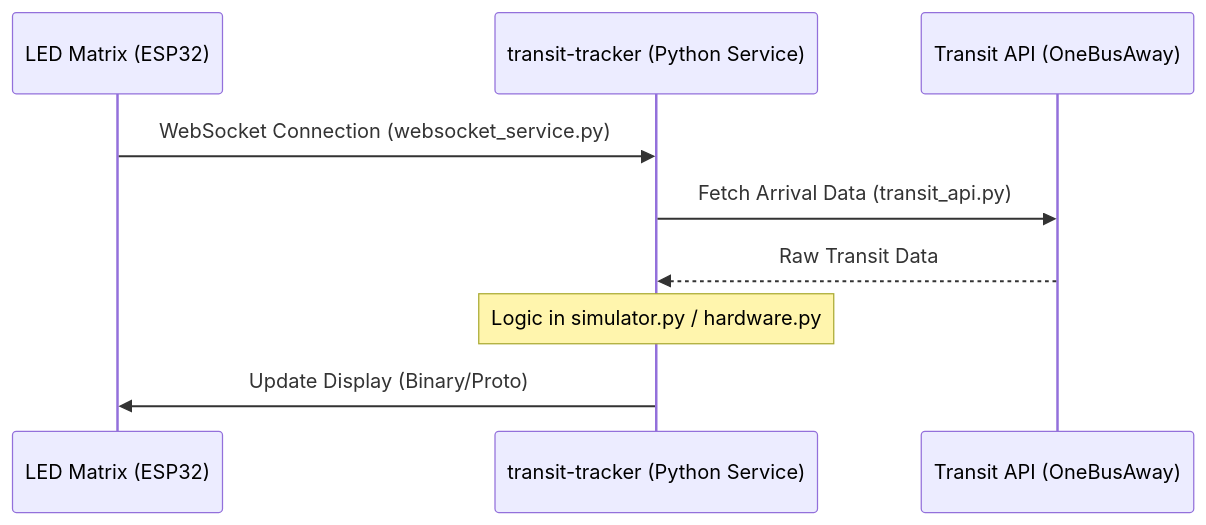
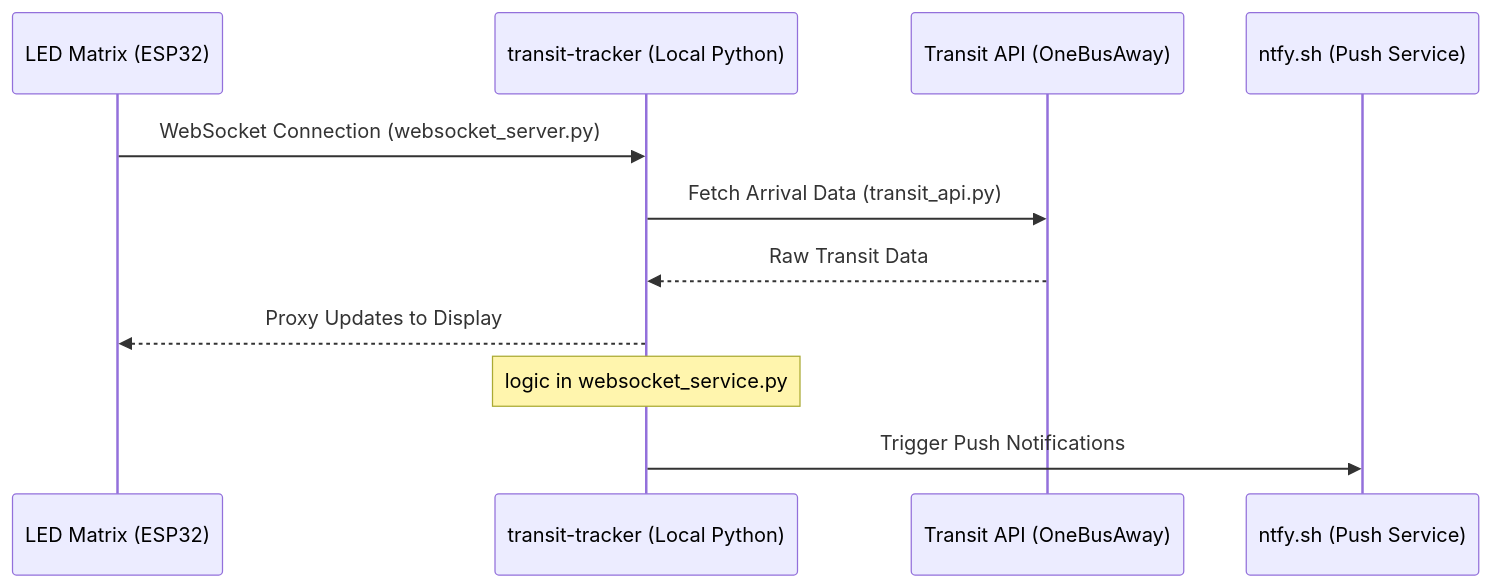
Before and after one commit to tommyroar/transit-tracker-tui: the second of 2 diagrams in README.md, drawn with Mermaid. The commit also changed other lines of this file, not shown here.

Commit message:
docs: add sequence diagrams for cloud and local websocket architecture

````diff
--- a/README.md
+++ b/README.md
@@ -49,12 +34,14 @@
 ```mermaid
 sequenceDiagram
     participant HW as LED Matrix (ESP32)
-    participant Py as transit-tracker (Python Service)
+    participant Py as transit-tracker (Local Python)
     participant API as Transit API (OneBusAway)
+    participant NTFY as ntfy.sh (Push Service)
 
-    HW->>Py: WebSocket Connection (websocket_service.py)
+    HW->>Py: WebSocket Connection (websocket_server.py)
     Py->>API: Fetch Arrival Data (transit_api.py)
     API-->>Py: Raw Transit Data
-    Note over Py: Logic in simulator.py / hardware.py
-    Py->>HW: Update Display (Binary/Proto)
+    Py-->>HW: Proxy Updates to Display
+    Note over Py: logic in websocket_service.py
+    Py->>NTFY: Trigger Push Notifications
 ```
````
